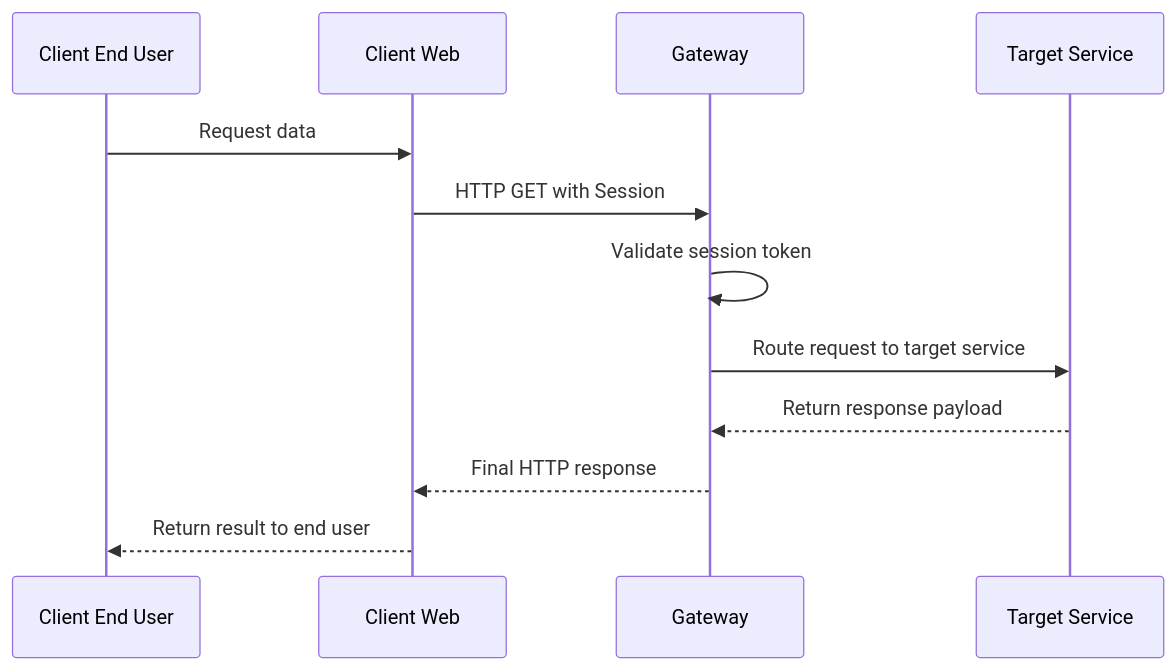
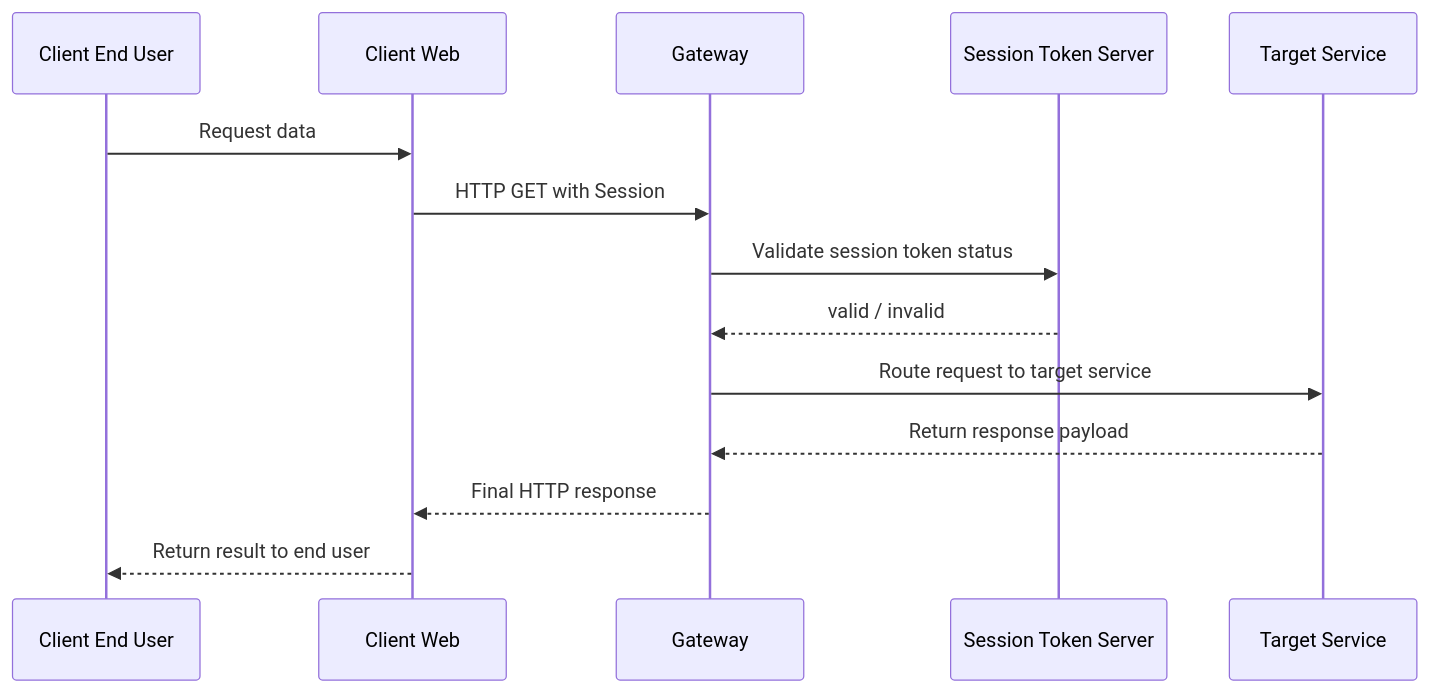
The second of 15 diagrams in doc/flow_chart.md (kwan829pang/FunnyX), drawn with Mermaid before and after one commit. The commit also changed other lines of this file and 24 other files, not shown here.

Commit message:
Update webhook admin UI and some session token logic for improve routing time

````diff
--- a/doc/flow_chart.md
+++ b/doc/flow_chart.md
@@ -42,15 +46,17 @@
 ```mermaid
 sequenceDiagram
     participant CU as Client End User
     participant CW as Client Web
     participant GW as Gateway
+    participant ST as Session Token Server
     participant S as Target Service
 
     CU->>CW: Request data
     CW->>GW: HTTP GET with Session
-    GW->>GW: Validate session token
+    GW->>ST: Validate session token status
+    ST-->>GW: valid / invalid
     GW->>S: Route request to target service
     S-->>GW: Return response payload
     GW-->>CW: Final HTTP response
     CW-->>CU: Return result to end user
 ```
````
